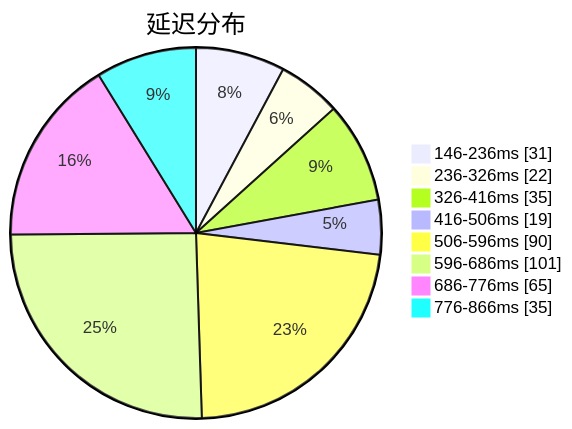
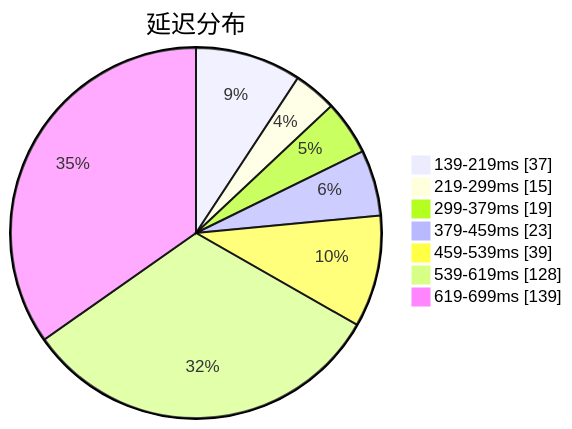
One commit to qjlxg/airport changed the first of 3 diagrams in subs/statistics/tested_within.md. Above: the diagram before and after it, drawn with Mermaid. The commit also changed other lines of this file and 2 other files, not shown here.

Commit message:
Tested by metaST

````diff
--- a/subs/statistics/tested_within.md
+++ b/subs/statistics/tested_within.md
@@ -2,12 +2,11 @@
 ```mermaid
 pie showData
 title 延迟分布
-"146-236ms" : 31
-"236-326ms" : 22
-"326-416ms" : 35
-"416-506ms" : 19
-"506-596ms" : 90
-"596-686ms" : 101
-"686-776ms" : 65
-"776-866ms" : 35
+"139-219ms" : 37
+"219-299ms" : 15
+"299-379ms" : 19
+"379-459ms" : 23
+"459-539ms" : 39
+"539-619ms" : 128
+"619-699ms" : 139
 ```
````
